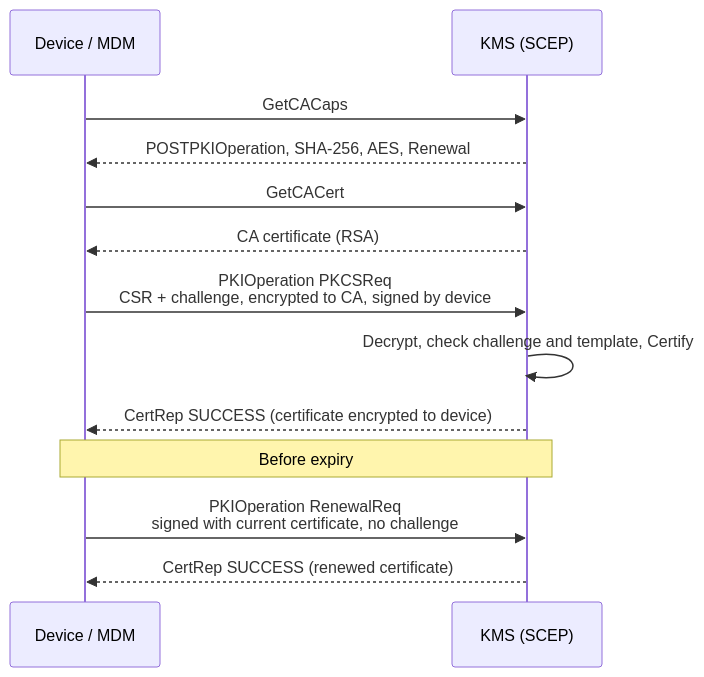
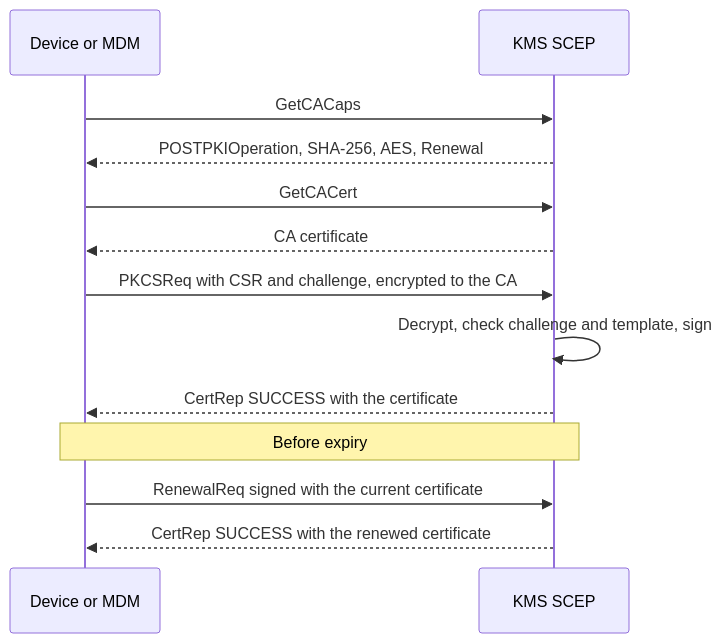
The third of 3 diagrams in documentation/docs/use_cases/pki-enrollment.md (Cosmian/kms), drawn with Mermaid before and after one commit. The commit also changed other lines of this file, not shown here.

First line of the commit message:
docs(enrollment): rewrite EST/SCEP guide for beginners

````diff
--- a/documentation/docs/use_cases/pki-enrollment.md
+++ b/documentation/docs/use_cases/pki-enrollment.md
@@ -164,15 +344,15 @@
 ```mermaid
 sequenceDiagram
-    participant D as Device / MDM
-    participant K as KMS (SCEP)
+    participant D as Device or MDM
+    participant K as KMS SCEP
     D->>K: GetCACaps
     K-->>D: POSTPKIOperation, SHA-256, AES, Renewal
     D->>K: GetCACert
-    K-->>D: CA certificate (RSA)
-    D->>K: PKIOperation PKCSReq<br/>CSR + challenge, encrypted to CA, signed by device
-    K->>K: Decrypt, check challenge and template, Certify
-    K-->>D: CertRep SUCCESS (certificate encrypted to device)
+    K-->>D: CA certificate
+    D->>K: PKCSReq with CSR and challenge, encrypted to the CA
+    K->>K: Decrypt, check challenge and template, sign
+    K-->>D: CertRep SUCCESS with the certificate
     Note over D,K: Before expiry
-    D->>K: PKIOperation RenewalReq<br/>signed with current certificate, no challenge
-    K-->>D: CertRep SUCCESS (renewed certificate)
+    D->>K: RenewalReq signed with the current certificate
+    K-->>D: CertRep SUCCESS with the renewed certificate
 ```
````
